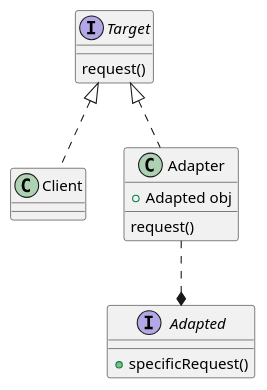
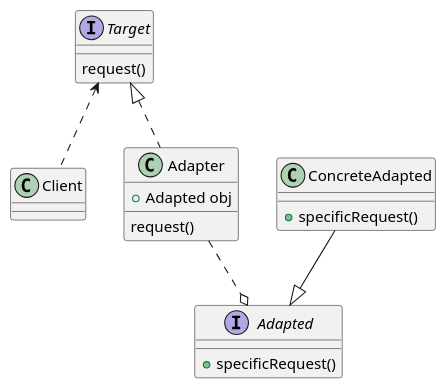
One commit to WRJcode/md-design-pattern changed the diagram in adapter/src/main/java/org/arvinw/example10/Adapter_object.puml. Above: the diagram before and after it, drawn with PlantUML. The commit also changed 111 other files, not shown here.

Commit message:
update UML file and uml picture

```diff
--- a/adapter/src/main/java/org/arvinw/example10/Adapter_object.puml
+++ b/adapter/src/main/java/org/arvinw/example10/Adapter_object.puml
@@ -1,22 +1,29 @@
 @startuml
 'https://plantuml.com/class-diagram
 
 class Client
 
 interface Target{
   request()
 }
 class Adapter{
   + Adapted obj
-  request()
+   request()
 }
 
 interface Adapted{
  + specificRequest()
 }
 
-Target <|.. Client
+class ConcreteAdapted{
+  + specificRequest()
+}
+
+Target <.. Client
 Target <|.. Adapter
-Adapter ..* Adapted
+
+ConcreteAdapted --|>Adapted
+Adapter ..o Adapted
+
 
 @enduml
```
